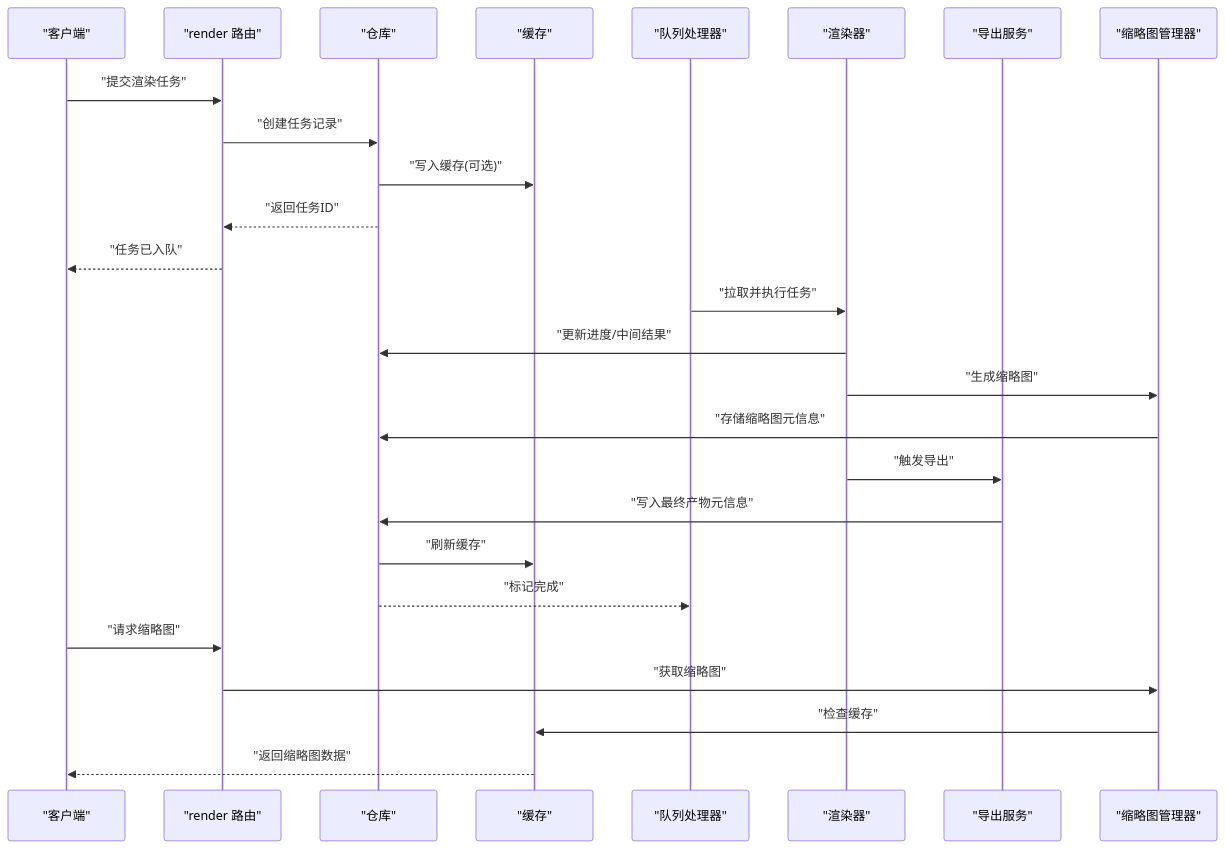
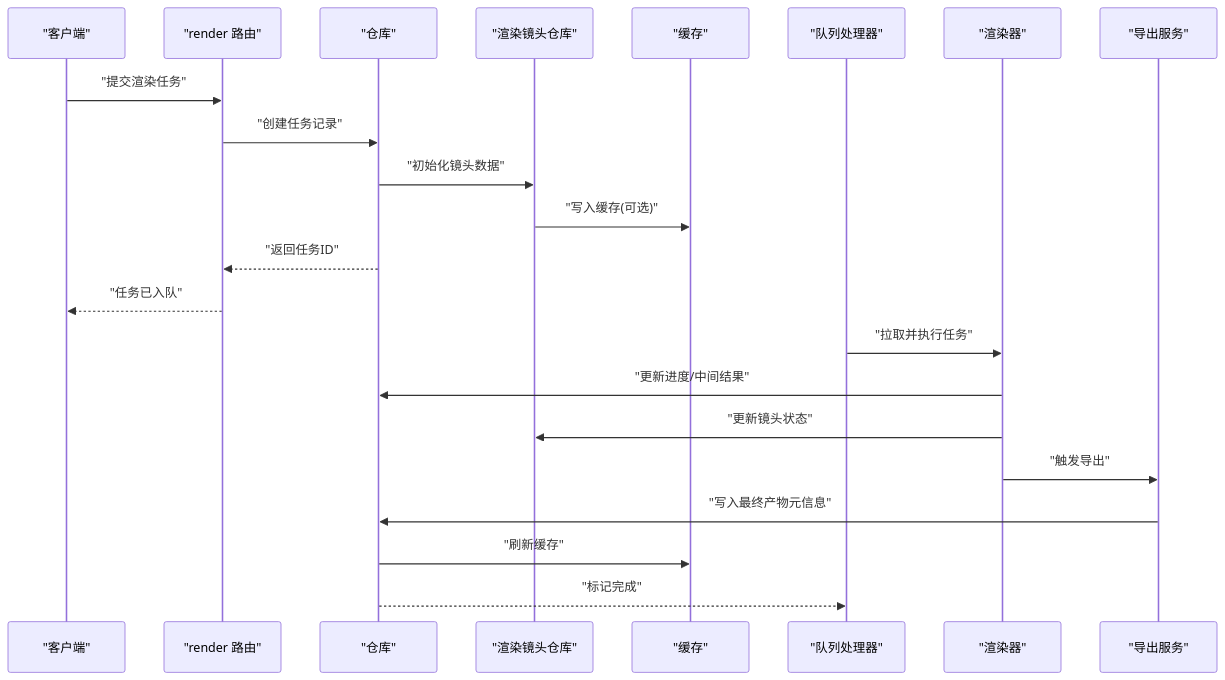
One commit to AIMFllyYS/code-video-canvas changed the second of 5 diagrams in .qoder/repowiki/zh/content/架构设计/核心模块设计/渲染引擎设计/渲染数据仓库.md. Above: the diagram before and after it, drawn with Mermaid. The commit also changed other lines of this file and 44 other files, not shown here.

````diff
--- a/.qoder/repowiki/zh/content/架构设计/核心模块设计/渲染引擎设计/渲染数据仓库.md
+++ b/.qoder/repowiki/zh/content/架构设计/核心模块设计/渲染引擎设计/渲染数据仓库.md
@@ -116,28 +118,24 @@
 ```mermaid
 sequenceDiagram
 participant Client as "客户端"
 participant API as "render 路由"
 participant Repo as "仓库"
+participant ShotRepo as "渲染镜头仓库"
 participant Cache as "缓存"
 participant Queue as "队列处理器"
 participant Renderer as "渲染器"
 participant Export as "导出服务"
-participant Thumbnail as "缩略图管理器"
 Client->>API : "提交渲染任务"
 API->>Repo : "创建任务记录"
-Repo->>Cache : "写入缓存(可选)"
+Repo->>ShotRepo : "初始化镜头数据"
+ShotRepo->>Cache : "写入缓存(可选)"
 Repo-->>API : "返回任务ID"
 API-->>Client : "任务已入队"
 Queue->>Renderer : "拉取并执行任务"
 Renderer->>Repo : "更新进度/中间结果"
-Renderer->>Thumbnail : "生成缩略图"
-Thumbnail->>Repo : "存储缩略图元信息"
+Renderer->>ShotRepo : "更新镜头状态"
 Renderer->>Export : "触发导出"
 Export->>Repo : "写入最终产物元信息"
 Repo->>Cache : "刷新缓存"
 Repo-->>Queue : "标记完成"
-Client->>API : "请求缩略图"
-API->>Thumbnail : "获取缩略图"
-Thumbnail->>Cache : "检查缓存"
-Cache-->>Client : "返回缩略图数据"
 ```
````
